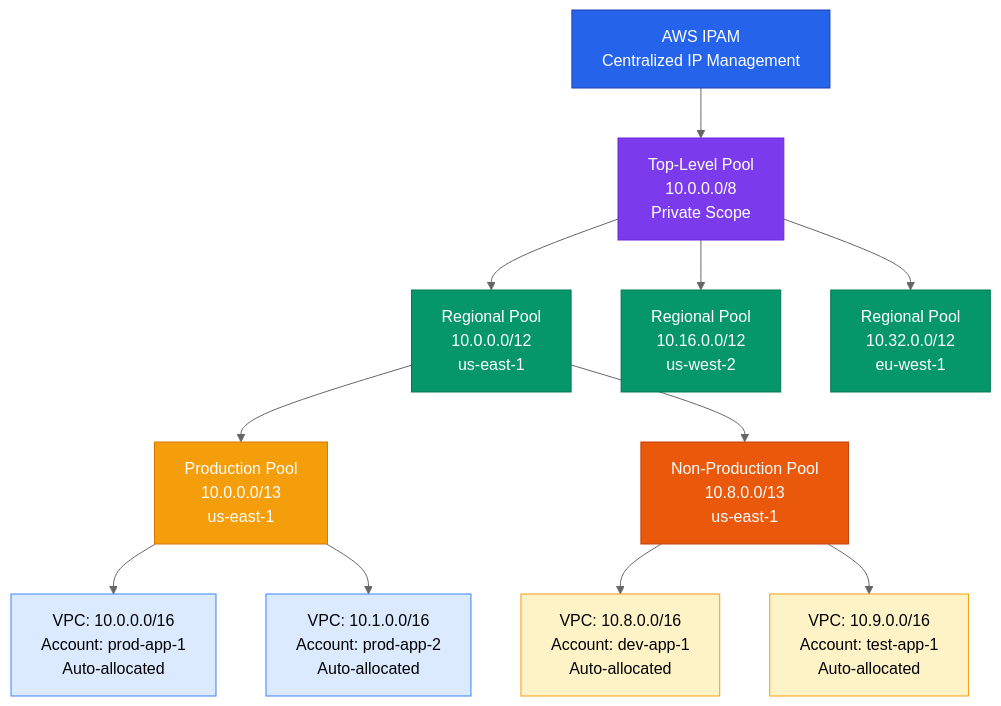
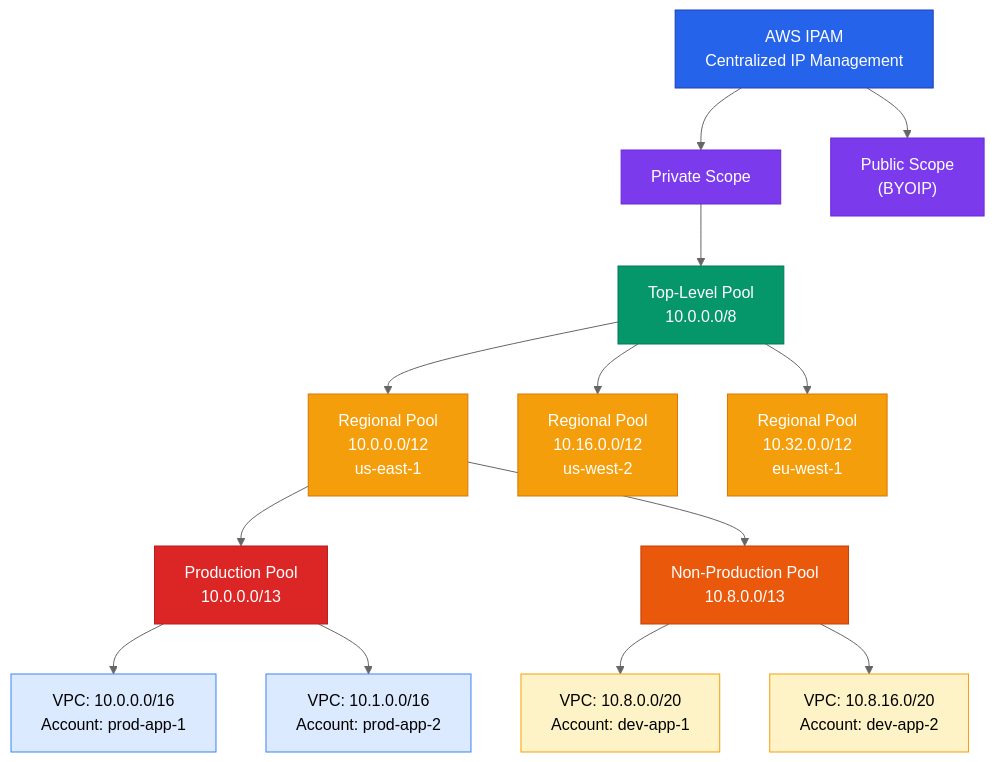
Before and after one commit to aws/aws-networking-best-practices: the diagram in content/foundation/ipam.md, drawn with Mermaid (neutral theme). The commit also changed other lines of this file and 41 other files, not shown here.

````diff
--- a/content/foundation/ipam.md
+++ b/content/foundation/ipam.md
@@ -8,31 +10,36 @@
 ``` mermaid
 graph TB
     IPAM["AWS IPAM<br/>Centralized IP Management"]
     
-    IPAM --> TopPool["Top-Level Pool<br/>10.0.0.0/8<br/>Private Scope"]
+    IPAM --> PrivScope["Private Scope"]
+    IPAM --> PubScope["Public Scope<br/>(BYOIP)"]
+    
+    PrivScope --> TopPool["Top-Level Pool<br/>10.0.0.0/8"]
     
     TopPool --> RegionEast["Regional Pool<br/>10.0.0.0/12<br/>us-east-1"]
     TopPool --> RegionWest["Regional Pool<br/>10.16.0.0/12<br/>us-west-2"]
     TopPool --> RegionEU["Regional Pool<br/>10.32.0.0/12<br/>eu-west-1"]
     
-    RegionEast --> ProdEast["Production Pool<br/>10.0.0.0/13<br/>us-east-1"]
-    RegionEast --> NonProdEast["Non-Production Pool<br/>10.8.0.0/13<br/>us-east-1"]
+    RegionEast --> ProdEast["Production Pool<br/>10.0.0.0/13"]
+    RegionEast --> NonProdEast["Non-Production Pool<br/>10.8.0.0/13"]
     
-    ProdEast --> VPC1["VPC: 10.0.0.0/16<br/>Account: prod-app-1<br/>Auto-allocated"]
-    ProdEast --> VPC2["VPC: 10.1.0.0/16<br/>Account: prod-app-2<br/>Auto-allocated"]
+    ProdEast --> VPC1["VPC: 10.0.0.0/16<br/>Account: prod-app-1"]
+    ProdEast --> VPC2["VPC: 10.1.0.0/16<br/>Account: prod-app-2"]
     
-    NonProdEast --> VPC3["VPC: 10.8.0.0/16<br/>Account: dev-app-1<br/>Auto-allocated"]
-    NonProdEast --> VPC4["VPC: 10.9.0.0/16<br/>Account: test-app-1<br/>Auto-allocated"]
+    NonProdEast --> VPC3["VPC: 10.8.0.0/20<br/>Account: dev-app-1"]
+    NonProdEast --> VPC4["VPC: 10.8.16.0/20<br/>Account: dev-app-2"]
     
     style IPAM fill:#2563eb,stroke:#1e40af,color:#fff
-    style TopPool fill:#7c3aed,stroke:#6d28d9,color:#fff
-    style RegionEast fill:#059669,stroke:#047857,color:#fff
-    style RegionWest fill:#059669,stroke:#047857,color:#fff
-    style RegionEU fill:#059669,stroke:#047857,color:#fff
-    style ProdEast fill:#f59e0b,stroke:#d97706,color:#fff
+    style PrivScope fill:#7c3aed,stroke:#6d28d9,color:#fff
+    style PubScope fill:#7c3aed,stroke:#6d28d9,color:#fff
+    style TopPool fill:#059669,stroke:#047857,color:#fff
+    style RegionEast fill:#f59e0b,stroke:#d97706,color:#fff
+    style RegionWest fill:#f59e0b,stroke:#d97706,color:#fff
+    style RegionEU fill:#f59e0b,stroke:#d97706,color:#fff
+    style ProdEast fill:#dc2626,stroke:#b91c1c,color:#fff
     style NonProdEast fill:#ea580c,stroke:#c2410c,color:#fff
     style VPC1 fill:#dbeafe,stroke:#3b82f6,color:#000
     style VPC2 fill:#dbeafe,stroke:#3b82f6,color:#000
     style VPC3 fill:#fef3c7,stroke:#f59e0b,color:#000
     style VPC4 fill:#fef3c7,stroke:#f59e0b,color:#000
 ```
````
